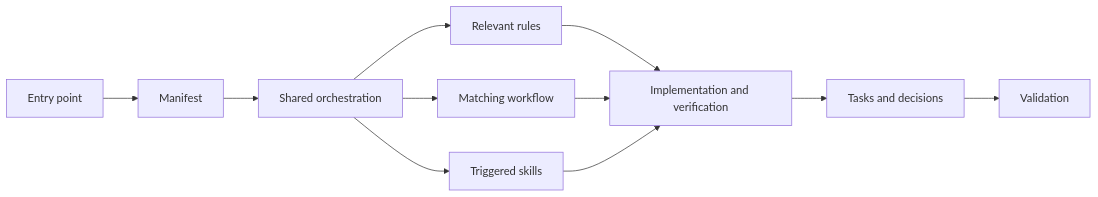
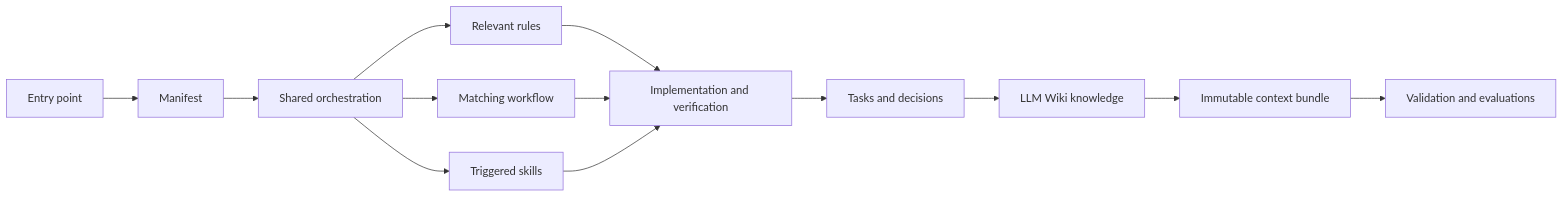
The diagram in docs/ARCHITECTURE.md (markromolecule/context-factory), drawn with Mermaid before and after one commit. The commit also changed other lines of this file and 41 other files, not shown here.

First line of the commit message:
feat: add JSON schemas for knowledge and project profile

````diff
--- a/docs/ARCHITECTURE.md
+++ b/docs/ARCHITECTURE.md
@@ -29,13 +33,15 @@
 ```mermaid
 flowchart LR
   E["Entry point"] --> M["Manifest"]
   M --> O["Shared orchestration"]
   O --> R["Relevant rules"]
   O --> F["Matching workflow"]
   O --> S["Triggered skills"]
   R --> W["Implementation and verification"]
   F --> W
   S --> W
   W --> D["Tasks and decisions"]
-  D --> V["Validation"]
+  D --> K["LLM Wiki knowledge"]
+  K --> B["Immutable context bundle"]
+  B --> V["Validation and evaluations"]
 ```
````
